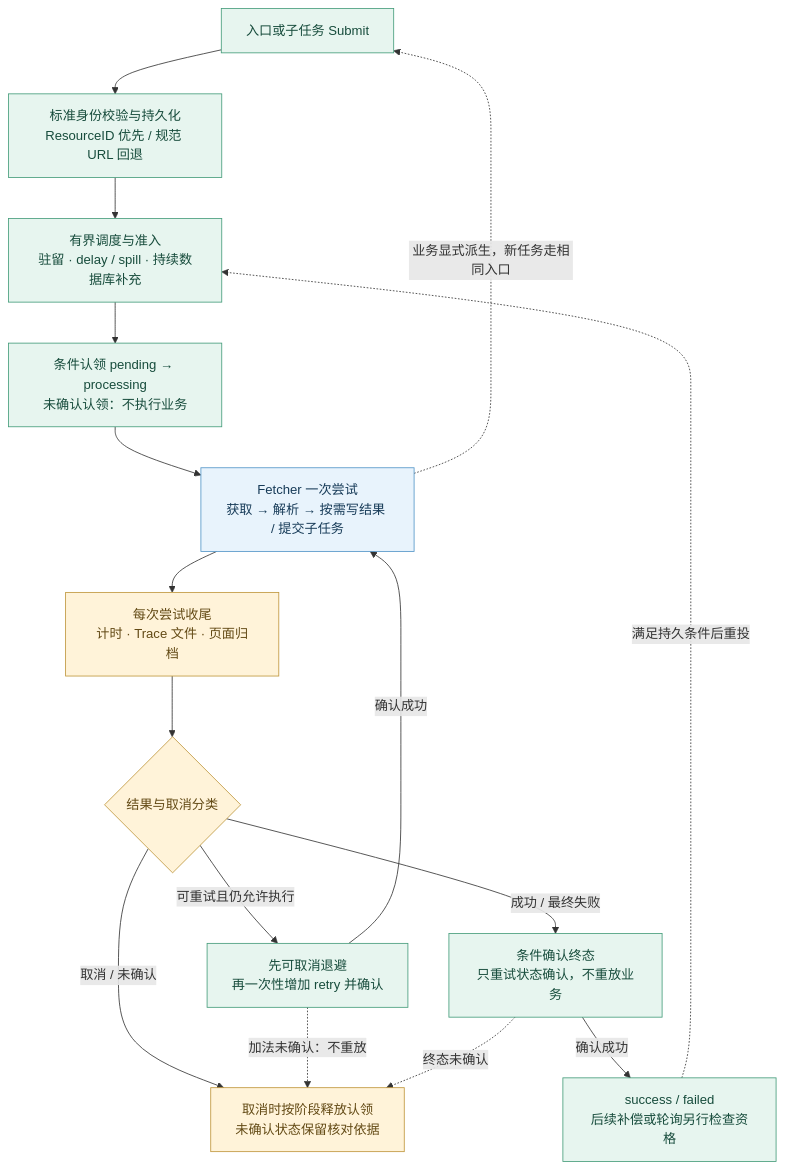
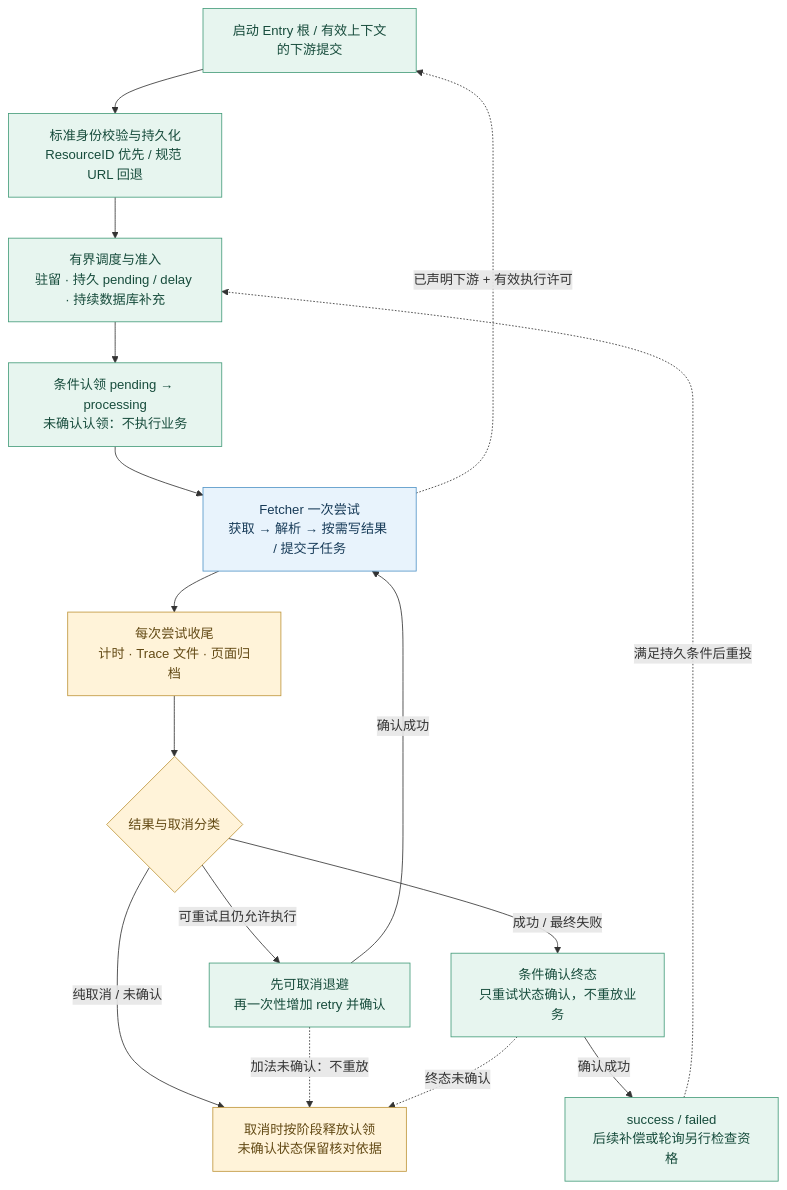
The diagram in docs/assets/diagrams/03-task-loop.mmd (ydtg1993/papa), drawn with Mermaid before and after one commit. The commit also changed 255 other files, not shown here.

```diff
--- a/docs/assets/diagrams/03-task-loop.mmd
+++ b/docs/assets/diagrams/03-task-loop.mmd
@@ -1,22 +1,22 @@
 flowchart TB
-    A["入口或子任务 Submit"] --> B["标准身份校验与持久化<br/>ResourceID 优先 / 规范 URL 回退"]
-    B --> C["有界调度与准入<br/>驻留 · delay / spill · 持续数据库补充"]
+    A["启动 Entry 根 / 有效上下文的下游提交"] --> B["标准身份校验与持久化<br/>ResourceID 优先 / 规范 URL 回退"]
+    B --> C["有界调度与准入<br/>驻留 · 持久 pending / delay · 持续数据库补充"]
     C --> D["条件认领 pending → processing<br/>未确认认领：不执行业务"]
     D --> E["Fetcher 一次尝试<br/>获取 → 解析 → 按需写结果 / 提交子任务"]
     E --> F["每次尝试收尾<br/>计时 · Trace 文件 · 页面归档"]
     F --> H{"结果与取消分类"}
     H -->|可重试且仍允许执行| I["先可取消退避<br/>再一次性增加 retry 并确认"]
     I -->|确认成功| E
     H -->|成功 / 最终失败| J["条件确认终态<br/>只重试状态确认，不重放业务"]
-    H -->|取消 / 未确认| K["取消时按阶段释放认领<br/>未确认状态保留核对依据"]
+    H -->|纯取消 / 未确认| K["取消时按阶段释放认领<br/>未确认状态保留核对依据"]
     I -.->|加法未确认：不重放| K
     J -.->|终态未确认| K
-    E -.->|业务显式派生，新任务走相同入口| A
+    E -.->|已声明下游 + 有效执行许可| A
     J -->|确认成功| L["success / failed<br/>后续补偿或轮询另行检查资格"]
     L -.->|满足持久条件后重投| C
     classDef runtime fill:#e7f5ef,color:#174c3c,stroke:#449c7a;
     classDef business fill:#e8f3fc,color:#173b58,stroke:#5294c7;
     classDef observe fill:#fff3d9,color:#634a15,stroke:#bf963b;
     class A,B,C,D,I,J,L runtime;
     class E business;
     class F,H,K observe;
```
